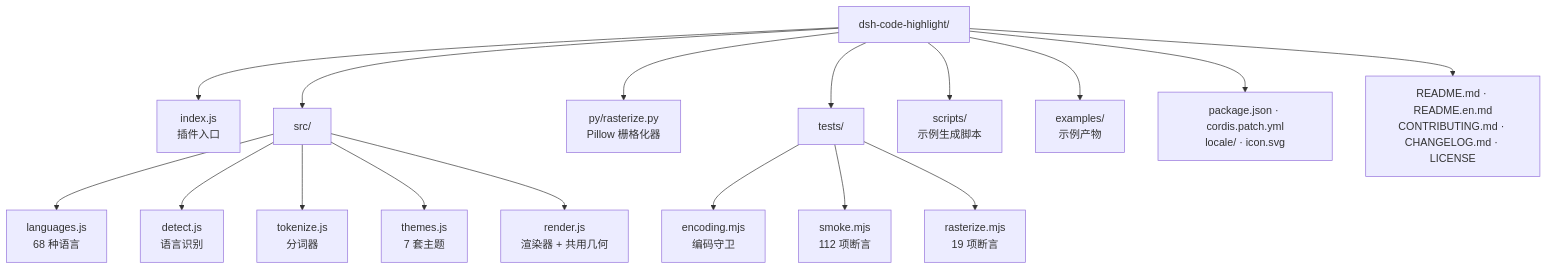
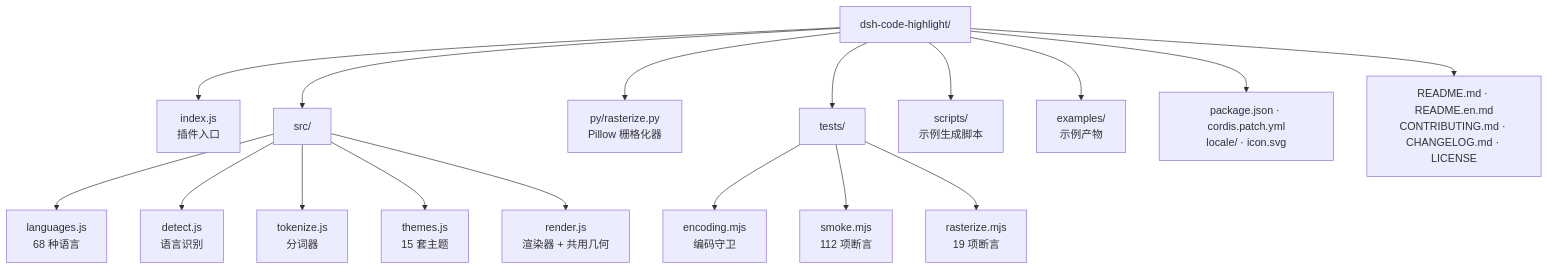
Before and after one commit to scientificmaniac/dsh-code-highlight: the second of 2 diagrams in README.md, drawn with Mermaid. The commit also changed other lines of this file and 14 other files, not shown here.

````diff
--- a/README.md
+++ b/README.md
@@ -170,23 +181,23 @@
 ```mermaid
 flowchart TB
     repo["dsh-code-highlight/"]
 
     repo --> index["index.js<br/>插件入口"]
     repo --> src["src/"]
     repo --> py["py/rasterize.py<br/>Pillow 栅格化器"]
     repo --> tests["tests/"]
     repo --> scripts["scripts/<br/>示例生成脚本"]
     repo --> examples["examples/<br/>示例产物"]
     repo --> manifest["package.json · cordis.patch.yml<br/>locale/ · icon.svg"]
     repo --> docs["README.md · README.en.md<br/>CONTRIBUTING.md · CHANGELOG.md · LICENSE"]
 
     src --> languages["languages.js<br/>68 种语言"]
     src --> detect["detect.js<br/>语言识别"]
     src --> tokenize["tokenize.js<br/>分词器"]
-    src --> themes["themes.js<br/>7 套主题"]
+    src --> themes["themes.js<br/>15 套主题"]
     src --> render["render.js<br/>渲染器 + 共用几何"]
 
     tests --> encoding["encoding.mjs<br/>编码守卫"]
     tests --> smoke["smoke.mjs<br/>112 项断言"]
     tests --> raster["rasterize.mjs<br/>19 项断言"]
 ```
````
